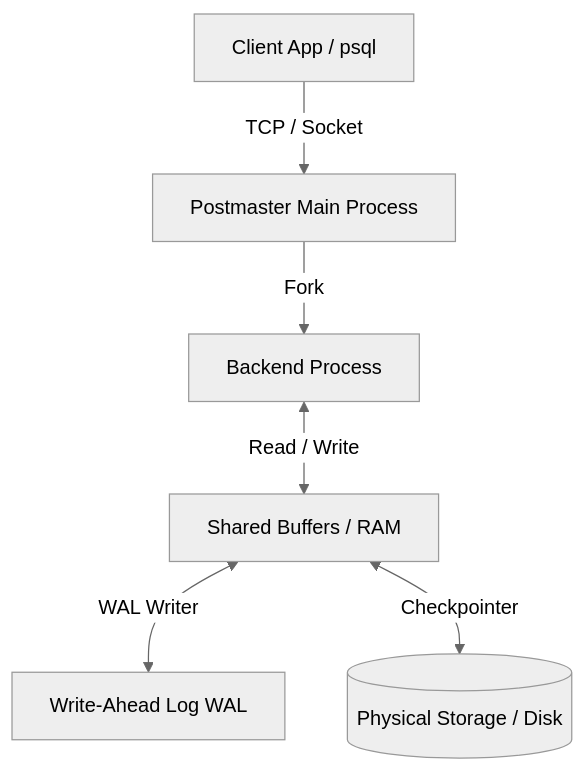
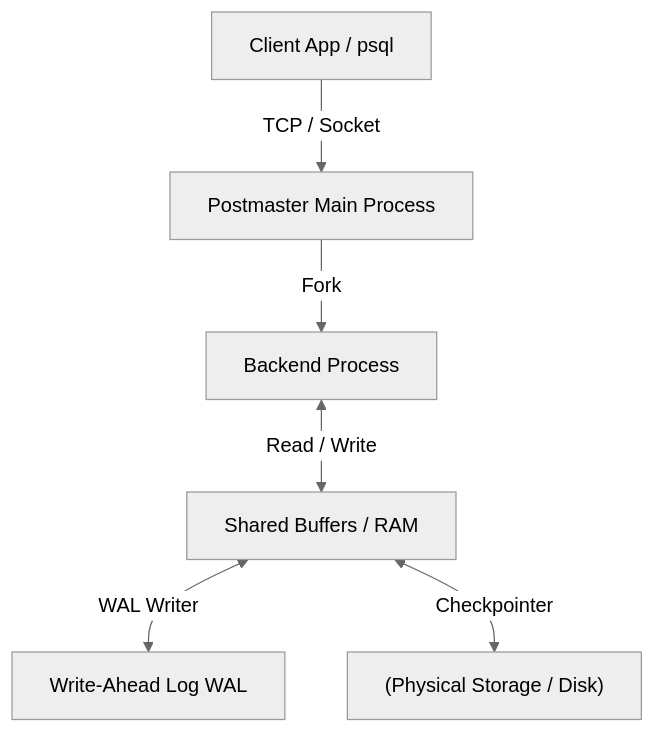
The first of 2 diagrams in docs/entwicklung/infrastruktur/postgresql-dba-praxis.md (thorstenkloehn/dokument), drawn with Mermaid (neutral theme) before and after one commit. The commit also changed other lines of this file and 32 other files, not shown here.

````diff
--- a/docs/entwicklung/infrastruktur/postgresql-dba-praxis.md
+++ b/docs/entwicklung/infrastruktur/postgresql-dba-praxis.md
@@ -14,8 +14,8 @@
 ```mermaid
 graph TD
-    Client[Client App / psql] -->|TCP / Socket| Postmaster[Postmaster Main Process]
+    Client["Client App / psql"] -->|TCP / Socket| Postmaster[Postmaster Main Process]
     Postmaster -->|Fork| Backend[Backend Process]
-    Backend <-->|Read / Write| SharedMem[Shared Buffers / RAM]
+    Backend <-->|Read / Write| SharedMem["Shared Buffers / RAM"]
     SharedMem <-->|WAL Writer| WAL[Write-Ahead Log WAL]
-    SharedMem <-->|Checkpointer| Disk[(Physical Storage / Disk)]
+    SharedMem <-->|Checkpointer| Disk["(Physical Storage / Disk)"]
 ```
````
